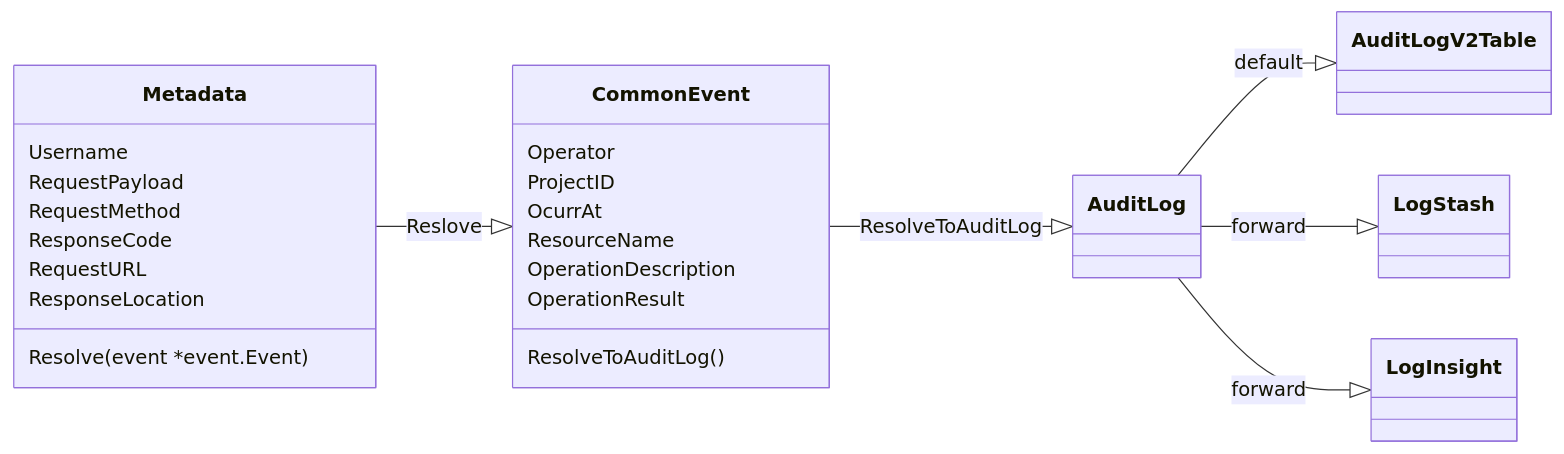
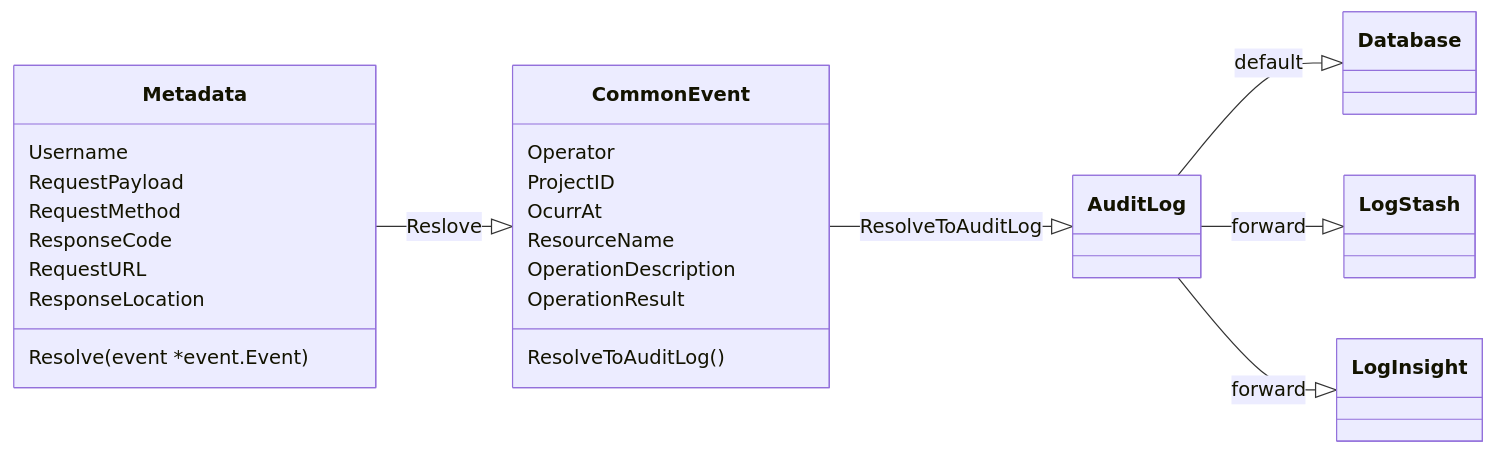
The third of 3 diagrams in proposals/new/enhance_audit_log.md (goharbor/community), drawn with Mermaid before and after one commit.

````diff
--- a/proposals/new/enhance_audit_log.md
+++ b/proposals/new/enhance_audit_log.md
@@ -263,30 +263,30 @@
 ```mermaid
 classDiagram
 
 direction LR
 
 Metadata : Username
 Metadata : RequestPayload
 Metadata : RequestMethod
 Metadata : ResponseCode
 Metadata : RequestURL
 Metadata : ResponseLocation
 
 Metadata : Resolve(event *event.Event)
 
 Metadata --|>  CommonEvent : Reslove
 
 CommonEvent : Operator
 CommonEvent : ProjectID
 CommonEvent : OcurrAt
 CommonEvent : ResourceName
 CommonEvent : OperationDescription
 CommonEvent : OperationResult
 CommonEvent : ResolveToAuditLog()
 
 CommonEvent --|> AuditLog : ResolveToAuditLog
 
-AuditLog --|> AuditLogV2Table : default
+AuditLog --|> Database : default
 AuditLog --|> LogStash : forward
 AuditLog --|> LogInsight : forward
 ```
````
